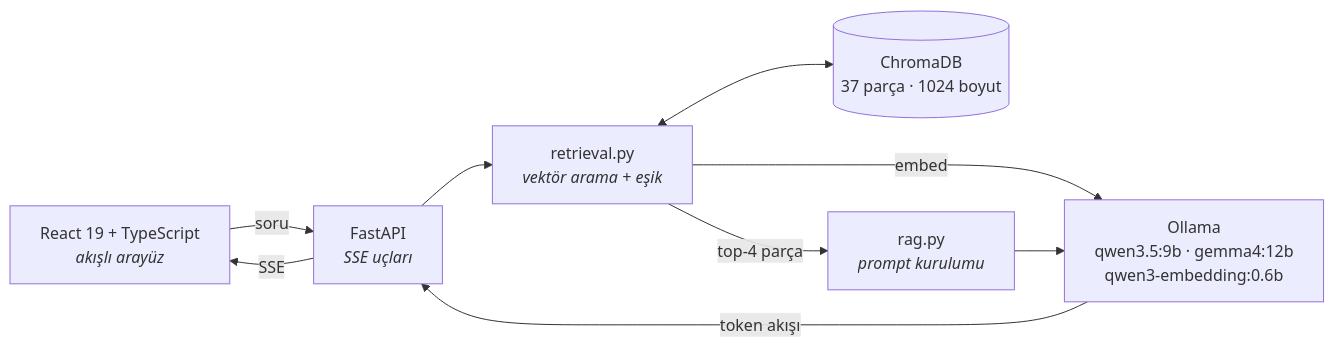
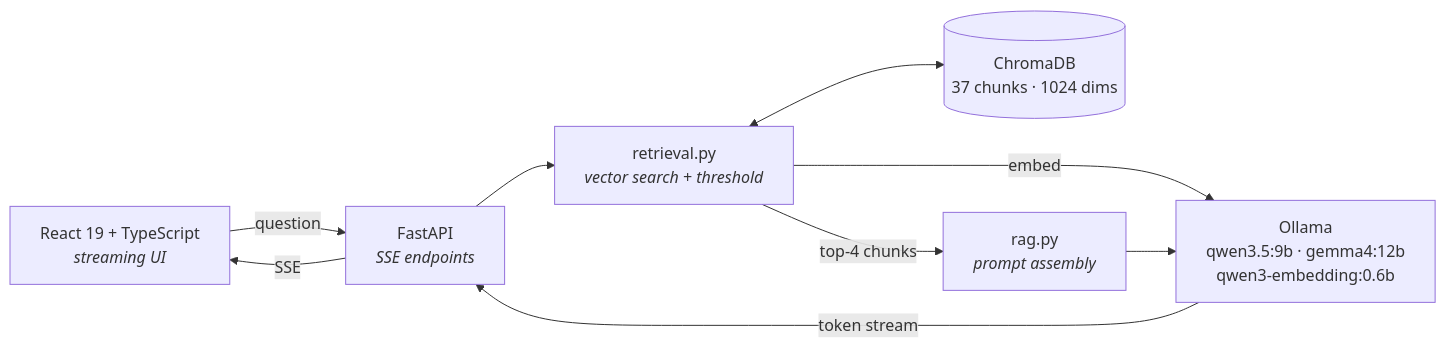
The diagram in README.md (Yigtwxx/local-llm-rag-hr-assistant), drawn with Mermaid before and after one commit. The commit also changed other lines of this file and 1 other file, not shown here.

````diff
--- a/README.md
+++ b/README.md
@@ -64,18 +67,18 @@
 ```mermaid
 flowchart LR
-    FE["React 19 + TypeScript<br/><i>akışlı arayüz</i>"]
-    API["FastAPI<br/><i>SSE uçları</i>"]
-    RET["retrieval.py<br/><i>vektör arama + eşik</i>"]
-    DB[("ChromaDB<br/>37 parça · 1024 boyut")]
-    RAG["rag.py<br/><i>prompt kurulumu</i>"]
+    FE["React 19 + TypeScript<br/><i>streaming UI</i>"]
+    API["FastAPI<br/><i>SSE endpoints</i>"]
+    RET["retrieval.py<br/><i>vector search + threshold</i>"]
+    DB[("ChromaDB<br/>37 chunks · 1024 dims")]
+    RAG["rag.py<br/><i>prompt assembly</i>"]
     OL["Ollama<br/>qwen3.5:9b · gemma4:12b<br/>qwen3-embedding:0.6b"]
 
-    FE -- "soru" --> API
+    FE -- "question" --> API
     API --> RET
     RET <--> DB
     RET -- "embed" --> OL
-    RET -- "top-4 parça" --> RAG
+    RET -- "top-4 chunks" --> RAG
     RAG --> OL
-    OL -- "token akışı" --> API
+    OL -- "token stream" --> API
     API -- "SSE" --> FE
 ```
````
